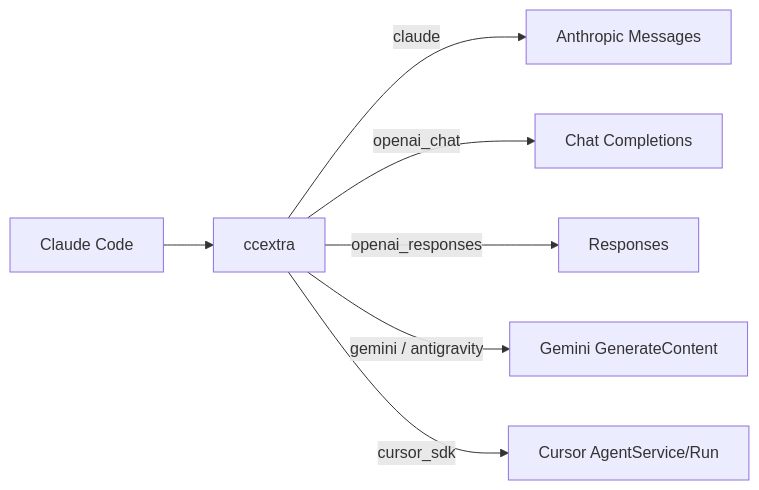
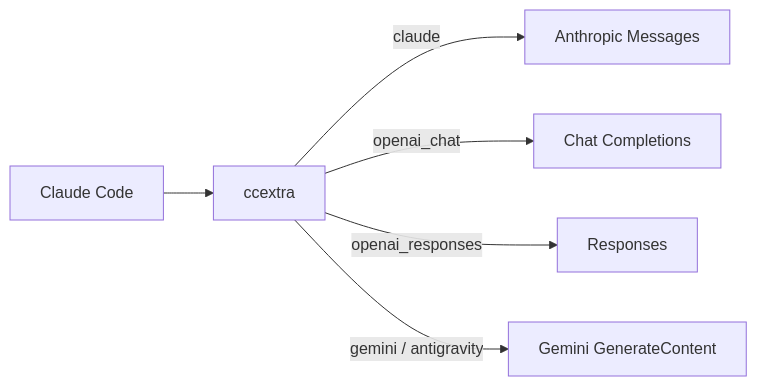
One commit to knoxwh/ccextra changed the diagram in README.en.md. Above: the diagram before and after it, drawn with Mermaid. The commit also changed other lines of this file and 66 other files, not shown here.

````diff
--- a/README.en.md
+++ b/README.en.md
@@ -38,9 +38,8 @@
 ```mermaid
 flowchart LR
     CC["Claude Code"] --> P["ccextra"]
     P -->|claude| A["Anthropic Messages"]
     P -->|openai_chat| B["Chat Completions"]
     P -->|openai_responses| C["Responses"]
     P -->|gemini / antigravity| D["Gemini GenerateContent"]
-    P -->|cursor_sdk| E["Cursor AgentService/Run"]
 ```
````
